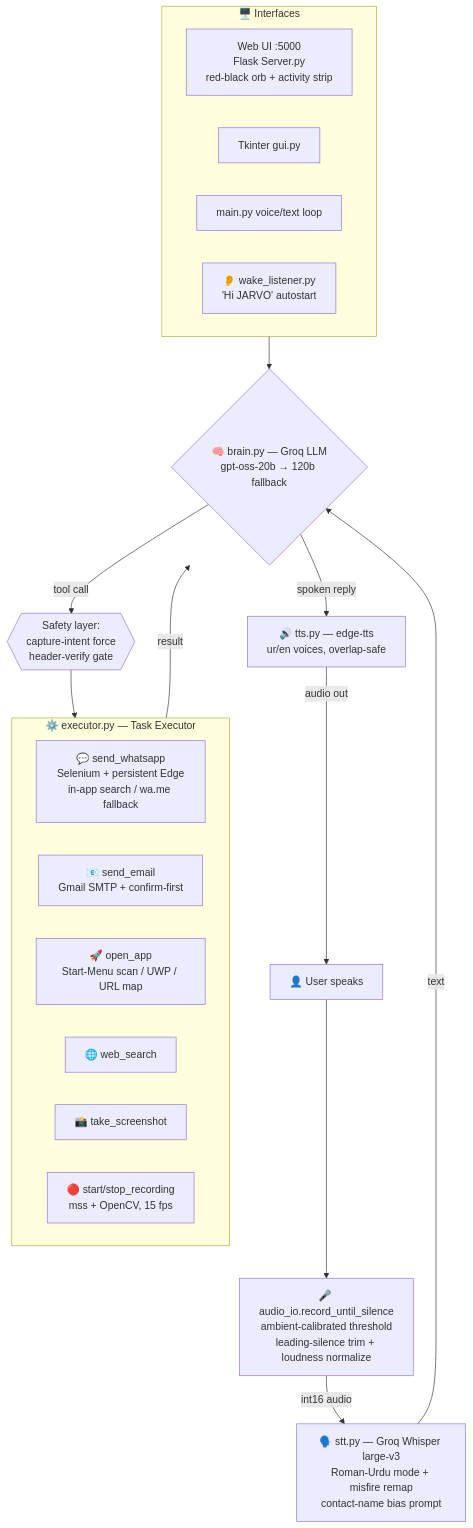
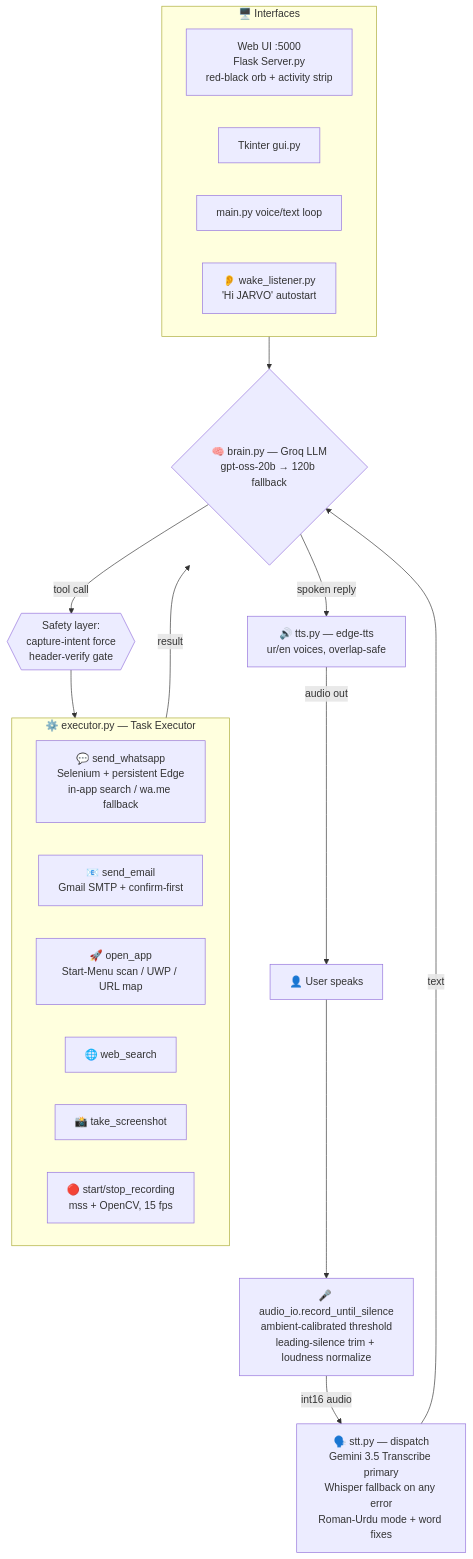
Before and after one commit to remshabangash/jarvo: the diagram in ARCHITECTURE.md, drawn with Mermaid. The commit also changed other lines of this file and 8 other files, not shown here.

First line of the commit message:
Add Gemini 3.5 Transcribe as primary STT with automatic Whisper fallback

````diff
--- a/ARCHITECTURE.md
+++ b/ARCHITECTURE.md
@@ -11,30 +12,30 @@
 ```mermaid
 flowchart TD
     U[👤 User speaks] --> MIC[🎤 audio_io.record_until_silence<br/>ambient-calibrated threshold<br/>leading-silence trim + loudness normalize]
-    MIC -->|int16 audio| STT[🗣️ stt.py — Groq Whisper large-v3<br/>Roman-Urdu mode + misfire remap<br/>contact-name bias prompt]
+    MIC -->|int16 audio| STT[🗣️ stt.py — dispatch<br/>Gemini 3.5 Transcribe primary<br/>Whisper fallback on any error<br/>Roman-Urdu mode + word fixes]
     STT -->|text| BRAIN{🧠 brain.py — Groq LLM<br/>gpt-oss-20b → 120b fallback}
 
     BRAIN -->|tool call| GUARD{{Safety layer:<br/>capture-intent force<br/>header-verify gate}}
     GUARD --> EXE
 
     subgraph EXE [⚙️ executor.py — Task Executor]
         WA[💬 send_whatsapp<br/>Selenium + persistent Edge<br/>in-app search / wa.me fallback]
         EM[📧 send_email<br/>Gmail SMTP + confirm-first]
         APP[🚀 open_app<br/>Start-Menu scan / UWP / URL map]
         WS[🌐 web_search]
         SC[📸 take_screenshot]
         RC[🔴 start/stop_recording<br/>mss + OpenCV, 15 fps]
     end
 
     EXE -->|result| BRAIN
     BRAIN -->|spoken reply| TTS[🔊 tts.py — edge-tts<br/>ur/en voices, overlap-safe]
     TTS -->|audio out| U
 
     subgraph UI [🖥️ Interfaces]
         WEB[Web UI :5000<br/>Flask Server.py<br/>red-black orb + activity strip]
         TK[Tkinter gui.py]
         CLI[main.py voice/text loop]
         WAKE[👂 wake_listener.py<br/>'Hi JARVO' autostart]
     end
     UI --> BRAIN
 ```
````
